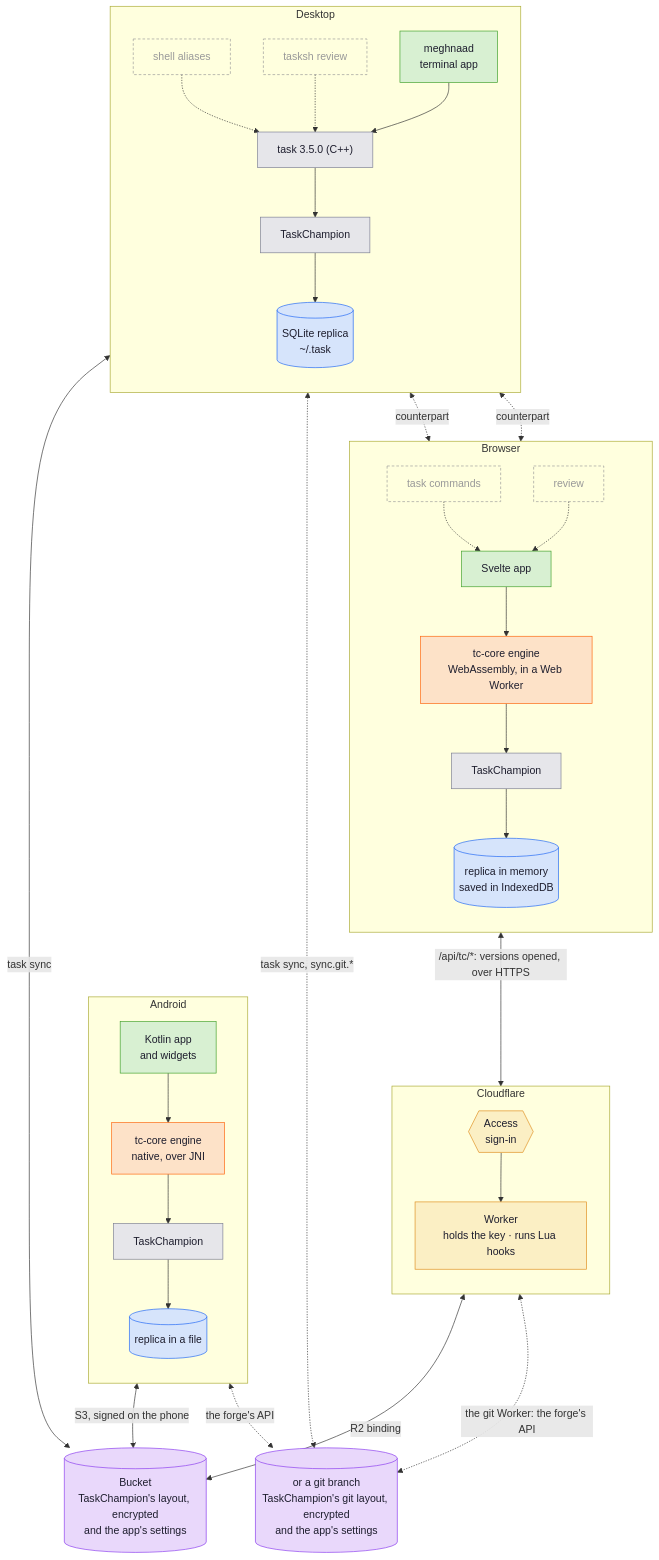
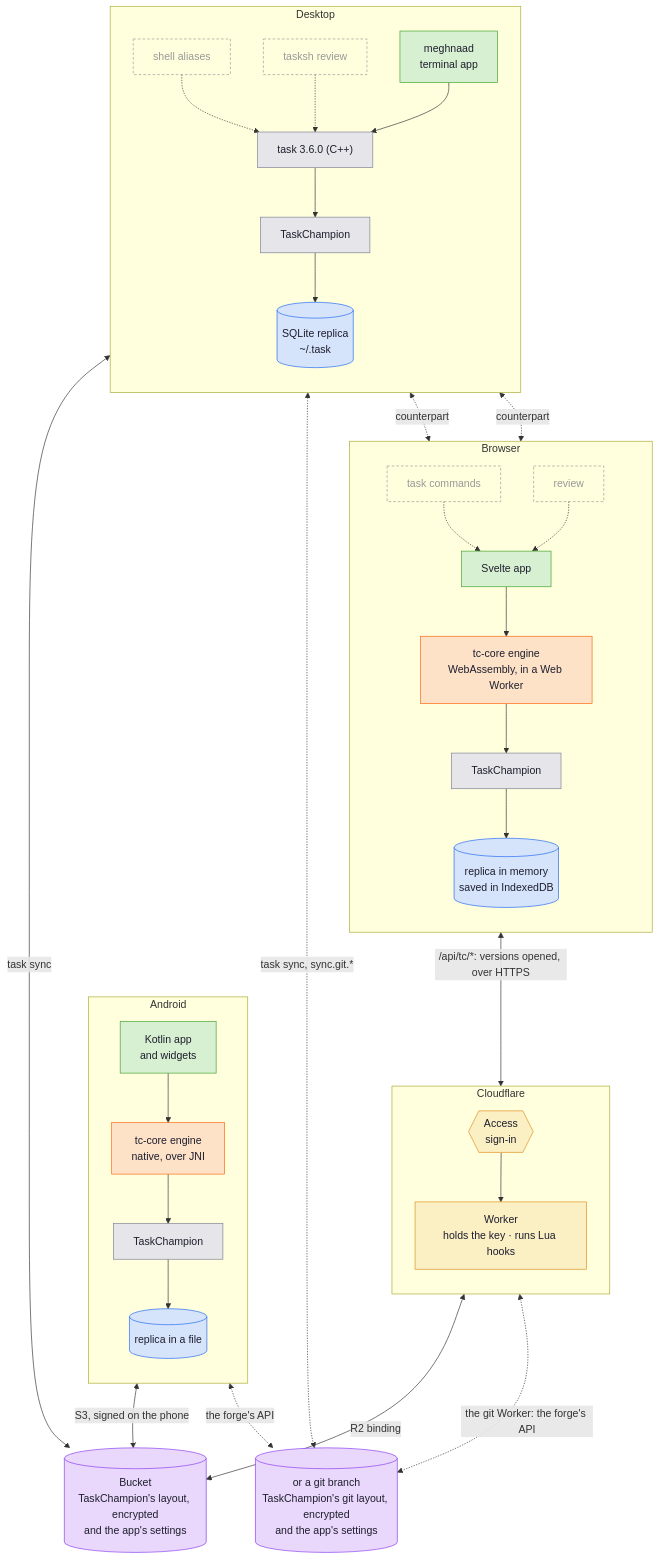
Before and after one commit to uroybd/Meghnaad: the first of 6 diagrams in docs/architecture.md, drawn with Mermaid. The commit also changed other lines of this file and 106 other files, not shown here.

````diff
--- a/docs/architecture.md
+++ b/docs/architecture.md
@@ -45,72 +45,72 @@
 ```mermaid
 flowchart TB
   subgraph desktop["Desktop"]
     direction TB
     sh["shell aliases"]
     tsh["tasksh review"]
     tui["meghnaad<br/>terminal app"]
-    cli["task 3.5.0 (C++)"]
+    cli["task 3.6.0 (C++)"]
     tcd["TaskChampion"]
     db[("SQLite replica<br/>~/.task")]
     sh -.-> cli
     tsh -.-> cli
     tui --> cli --> tcd --> db
   end
 
   subgraph web["Browser"]
     direction TB
     cmds["task commands"]
     rev["review"]
     spa["Svelte app"]
     eng["tc-core engine<br/>WebAssembly, in a Web Worker"]
     tcw["TaskChampion"]
     mem[("replica in memory<br/>saved in IndexedDB")]
     cmds -.-> spa
     rev -.-> spa
     spa --> eng --> tcw --> mem
   end
 
   subgraph phone["Android"]
     direction TB
     app["Kotlin app<br/>and widgets"]
     nat["tc-core engine<br/>native, over JNI"]
     tcn["TaskChampion"]
     rep[("replica in a file")]
     app --> nat --> tcn --> rep
   end
 
   subgraph edge["Cloudflare"]
     direction TB
     access{{"Access<br/>sign-in"}}
     wk["Worker<br/>holds the key · runs Lua hooks"]
     access --> wk
   end
 
   bucket[("Bucket<br/>TaskChampion's layout, encrypted<br/>and the app's settings")]
   repo[("or a git branch<br/>TaskChampion's git layout, encrypted<br/>and the app's settings")]
 
   tcd <-- "task sync" --> bucket
   tcw <-- "/api/tc/*: versions opened, over HTTPS" --> access
   wk <-- "R2 binding" --> bucket
   tcn <-- "S3, signed on the phone" --> bucket
   tcd <-. "task sync, sync.git.*" .-> repo
   wk <-. "the git Worker: the forge's API" .-> repo
   tcn <-. "the forge's API" .-> repo
   sh <-. "counterpart" .-> cmds
   tsh <-. "counterpart" .-> rev
 
   classDef ui fill:#d8f0d2,stroke:#40a02b,color:#1e1e2e
   classDef engine fill:#fde2c8,stroke:#fe640b,color:#1e1e2e
   classDef tw fill:#e6e6ea,stroke:#7c7f93,color:#1e1e2e
   classDef store fill:#d6e4fb,stroke:#1e66f5,color:#1e1e2e
   classDef bucket fill:#e9d8fb,stroke:#8839ef,color:#1e1e2e
   classDef edge fill:#fbefc4,stroke:#df8e1d,color:#1e1e2e
   classDef ext fill:transparent,stroke:#999,color:#999,stroke-dasharray:4 3
   class tui,spa,app ui
   class eng,nat engine
   class cli,tcd,tcw,tcn tw
   class db,mem,rep store
   class access,wk edge
   class bucket,repo bucket
   class sh,tsh,cmds,rev ext
 ```
````
